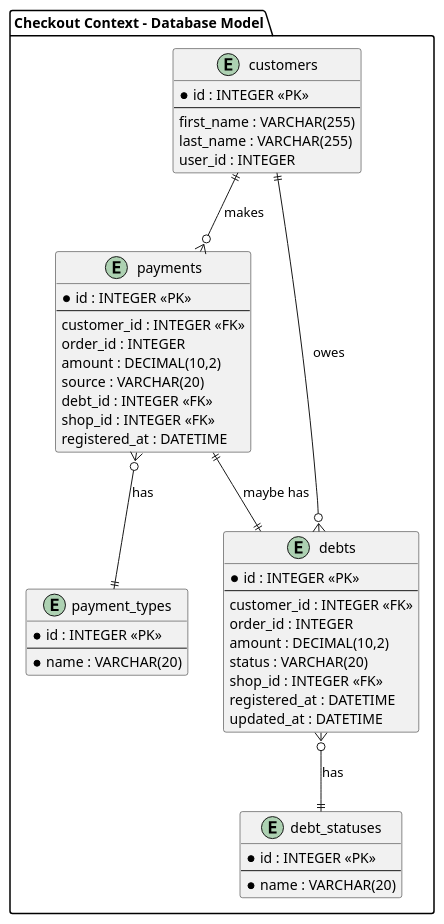
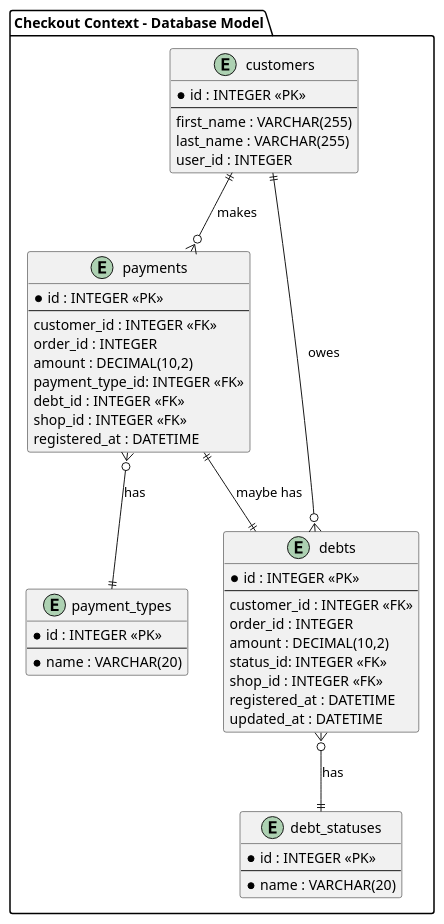
The diagram in puml/db/checkout.puml (Soulware-Apps-Moviles/report), drawn with PlantUML before and after one commit. The commit also changed 1 other file, not shown here.

Commit message:
fix: amend entity to enum relationships on checkout context

```diff
--- a/puml/db/checkout.puml
+++ b/puml/db/checkout.puml
@@ -1,59 +1,59 @@
 @startuml database
 
 package "Checkout Context - Database Model" {
 
     entity "customers" as customers {
       * id : INTEGER <<PK>>
       --
       first_name : VARCHAR(255)
       last_name : VARCHAR(255)
       user_id : INTEGER
     }
 
     entity "payments" as payments {
       * id : INTEGER <<PK>>
       --
       customer_id : INTEGER <<FK>>
       order_id : INTEGER
       amount : DECIMAL(10,2)
-      source : VARCHAR(20)
+      payment_type_id: INTEGER <<FK>>
       debt_id : INTEGER <<FK>>
       shop_id : INTEGER <<FK>>
       registered_at : DATETIME
     }
 
     entity "debts" as debts {
       * id : INTEGER <<PK>>
       --
       customer_id : INTEGER <<FK>>
       order_id : INTEGER
       amount : DECIMAL(10,2)
-      status : VARCHAR(20)
+      status_id: INTEGER <<FK>>
       shop_id : INTEGER <<FK>>
       registered_at : DATETIME
       updated_at : DATETIME
     }
 
-    entity "payment_types" as payment_sources {
+    entity "payment_types" as payment_types {
       * id : INTEGER <<PK>>
       --
       * name : VARCHAR(20)
     }
 
     entity "debt_statuses" as debt_statuses {
       * id : INTEGER <<PK>>
       --
       * name : VARCHAR(20)
     }
 
     ' =======================
     ' === Relationships
     ' =======================
     customers ||--o{ payments : "makes"
     customers ||--o{ debts : "owes"
-    payments }o--|| payment_sources : "has"
+    payments }o--|| payment_types : "has"
     debts }o--|| debt_statuses : "has"
     payments ||--|| debts : "maybe has"
 }
 
 @enduml
```
